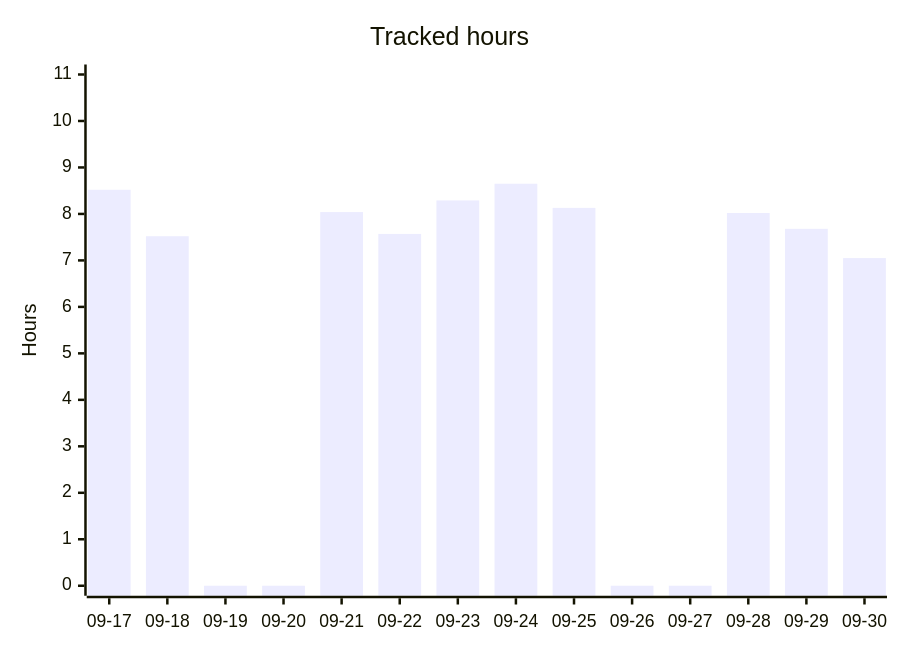
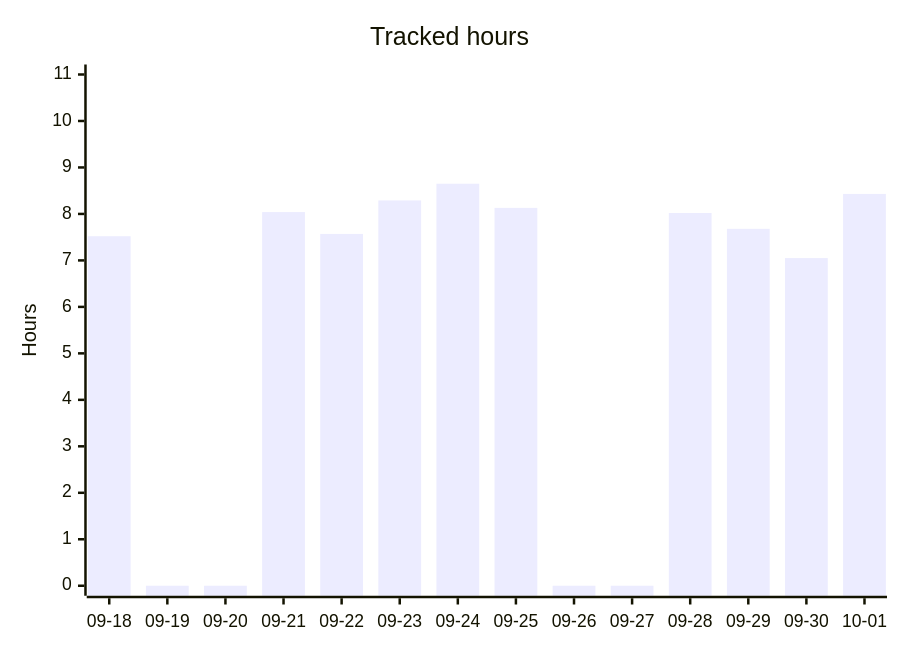
The second of 5 diagrams in README.org (albinforsberg-netizen/timeclock), drawn with Mermaid before and after one commit. The commit also changed other lines of this file, not shown here.

```diff
--- a/README.org
+++ b/README.org
@@ -97,7 +97,7 @@
 #+begin_src mermaid
 xychart-beta
     title "Tracked hours"
-    x-axis ["09-17", "09-18", "09-19", "09-20", "09-21", "09-22", "09-23", "09-24", "09-25", "09-26", "09-27", "09-28", "09-29", "09-30"]
+    x-axis ["09-18", "09-19", "09-20", "09-21", "09-22", "09-23", "09-24", "09-25", "09-26", "09-27", "09-28", "09-29", "09-30", "10-01"]
     y-axis "Hours" 0 --> 11
-    bar [8.52, 7.52, 0.00, 0.00, 8.04, 7.57, 8.29, 8.65, 8.13, 0.00, 0.00, 8.02, 7.68, 7.05]
+    bar [7.52, 0.00, 0.00, 8.04, 7.57, 8.29, 8.65, 8.13, 0.00, 0.00, 8.02, 7.68, 7.05, 8.43]
 #+end_src
```
